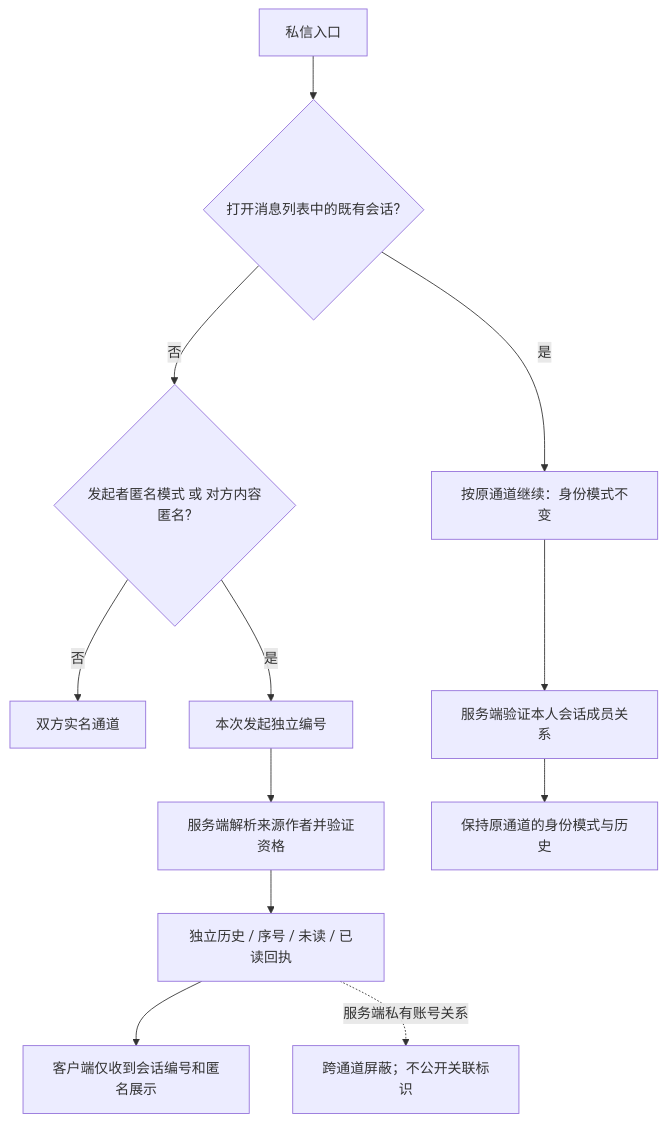
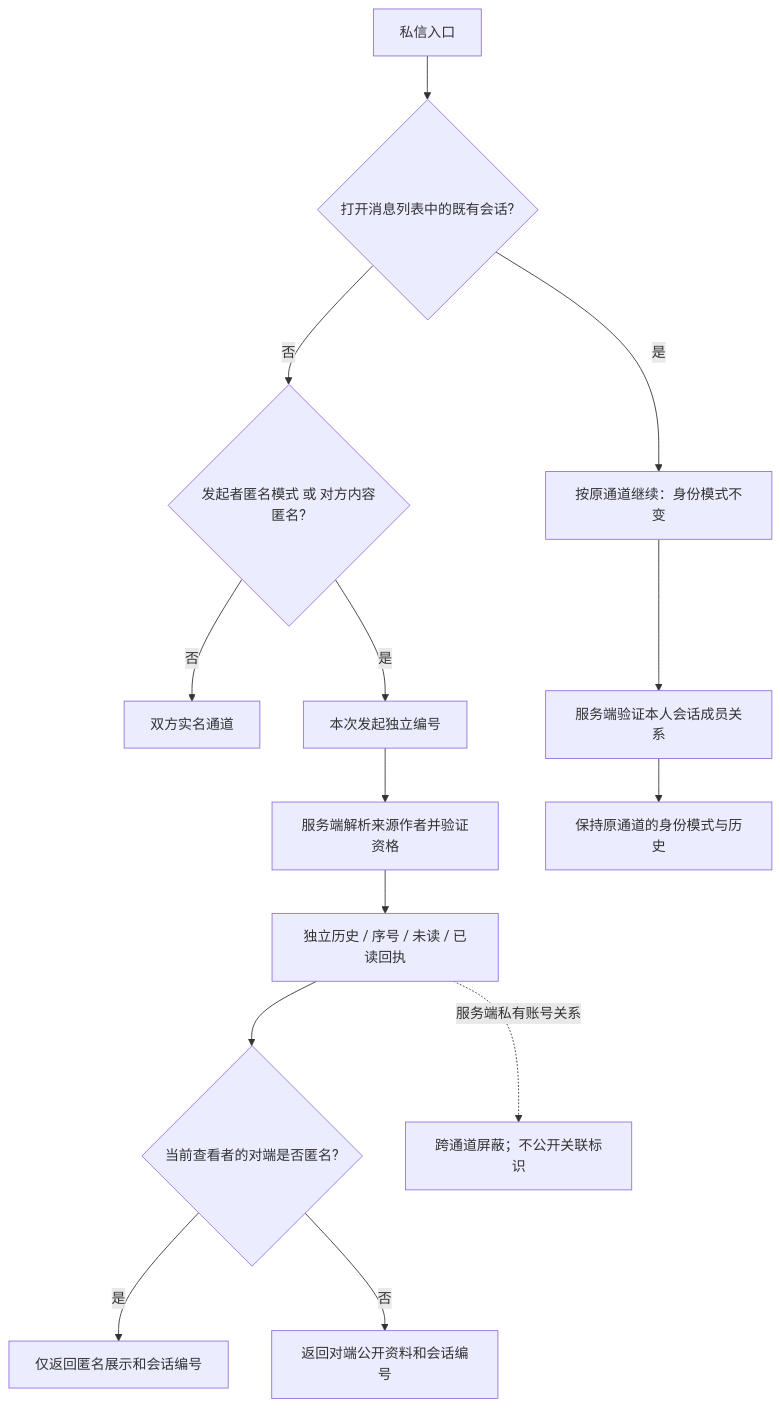
One commit to SouPuppy/LynkU changed the diagram in docs/product/behavior-contract.md. Above: the diagram before and after it, drawn with Mermaid. The commit also changed other lines of this file and 21 other files, not shown here.

````diff
--- a/docs/product/behavior-contract.md
+++ b/docs/product/behavior-contract.md
@@ -66,14 +66,16 @@
 ```mermaid
 flowchart TD
   Start[私信入口] --> Existing{打开消息列表中的既有会话?}
   Existing -->|是| Resume[按原通道继续：身份模式不变]
   Existing -->|否| Anon{发起者匿名模式 或 对方内容匿名?}
   Anon -->|否| Direct[双方实名通道]
   Anon -->|是| New[本次发起独立编号]
   New --> Server[服务端解析来源作者并验证资格]
   Server --> Isolated[独立历史 / 序号 / 未读 / 已读回执]
   Resume --> Member[服务端验证本人会话成员关系]
   Member --> Original[保持原通道的身份模式与历史]
-  Isolated --> Public[客户端仅收到会话编号和匿名展示]
+  Isolated --> Direction{当前查看者的对端是否匿名?}
+  Direction -->|是| Hidden[仅返回匿名展示和会话编号]
+  Direction -->|否| Named[返回对端公开资料和会话编号]
   Isolated -.服务端私有账号关系.-> Block[跨通道屏蔽；不公开关联标识]
 ```
````
